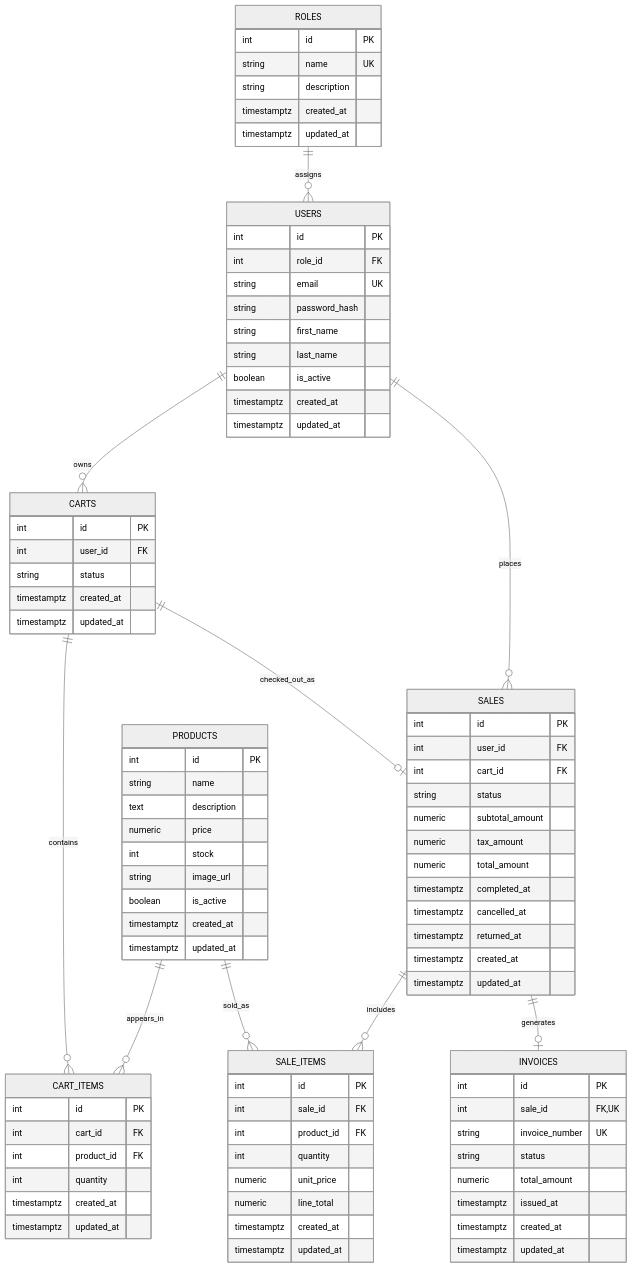
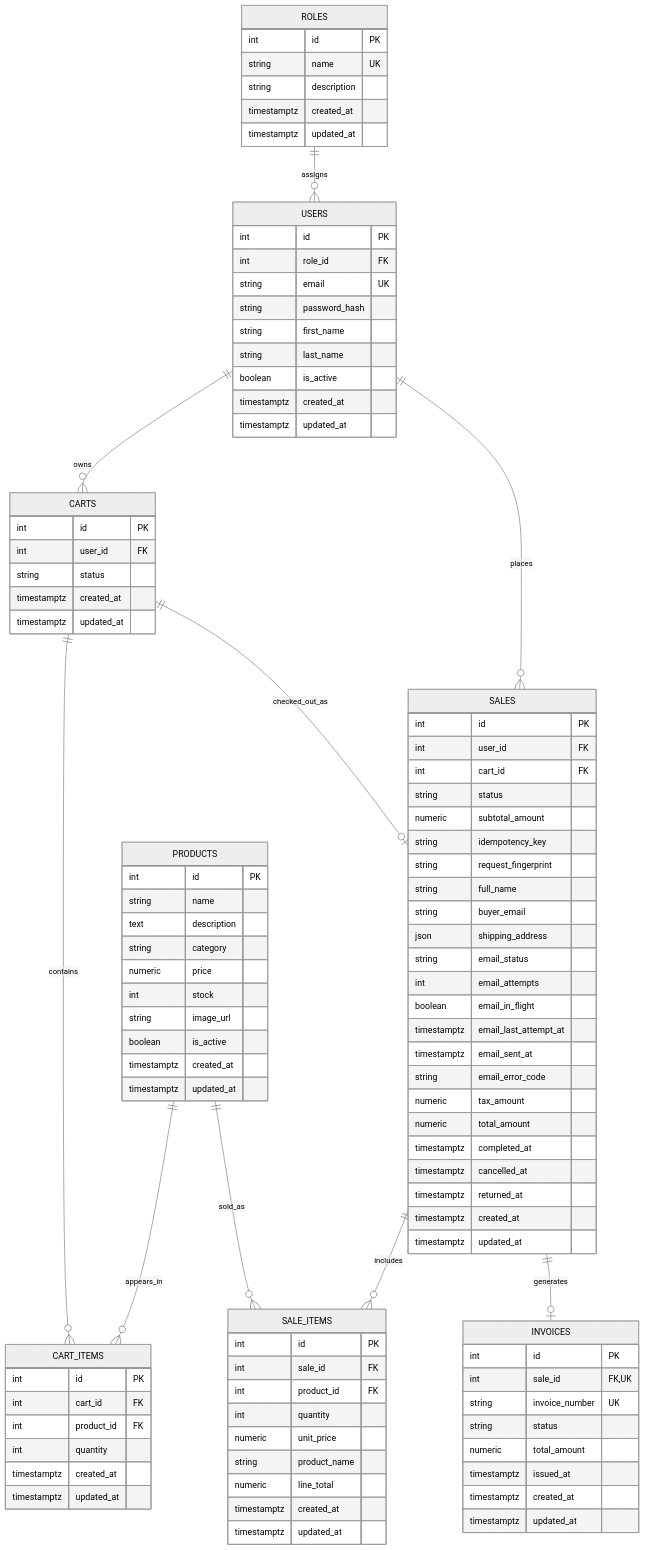
One commit to carlosdani-tech/Lyfter changed the diagram in React/Pets ECommerce/docs/er_diagram.md. Above: the diagram before and after it, drawn with Mermaid (neutral theme). The commit also changed other lines of this file and 111 other files, not shown here.

```diff
--- a/React/Pets ECommerce/docs/er_diagram.md
+++ b/React/Pets ECommerce/docs/er_diagram.md
@@ -38,6 +40,7 @@
         int id PK
         string name
         text description
+        string category
         numeric price
         int stock
         string image_url
@@ -69,6 +72,17 @@
         int cart_id FK
         string status
         numeric subtotal_amount
+        string idempotency_key
+        string request_fingerprint
+        string full_name
+        string buyer_email
+        json shipping_address
+        string email_status
+        int email_attempts
+        boolean email_in_flight
+        timestamptz email_last_attempt_at
+        timestamptz email_sent_at
+        string email_error_code
         numeric tax_amount
         numeric total_amount
         timestamptz completed_at
@@ -84,6 +98,7 @@
         int product_id FK
         int quantity
         numeric unit_price
+        string product_name
         numeric line_total
         timestamptz created_at
         timestamptz updated_at
```
